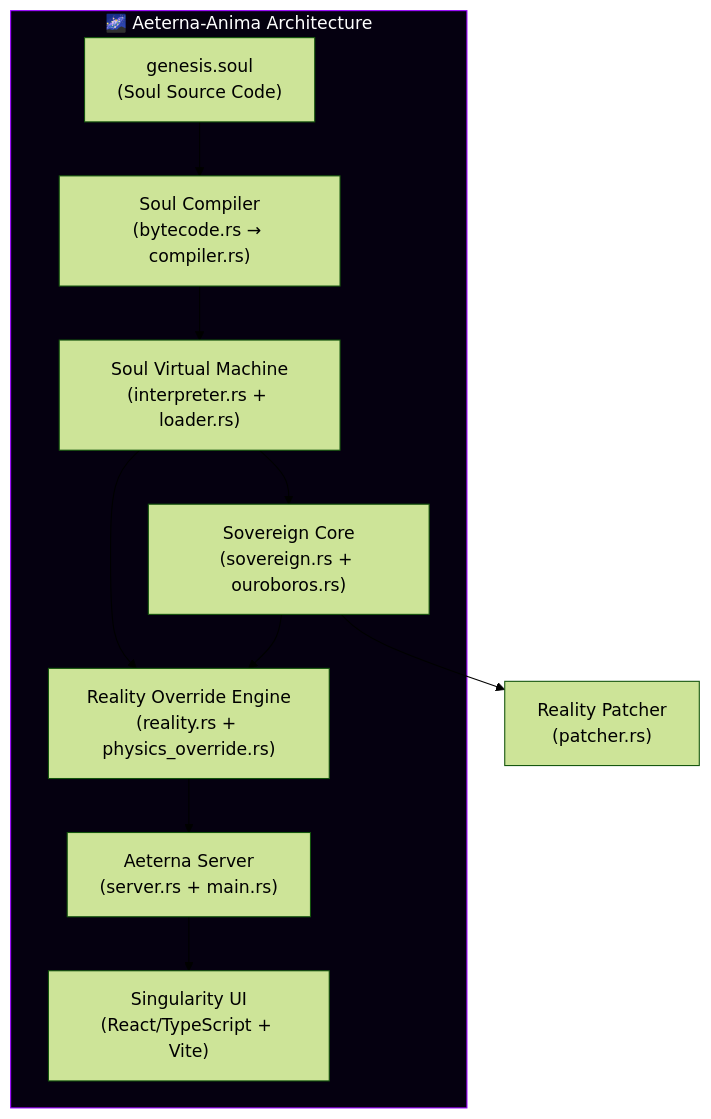
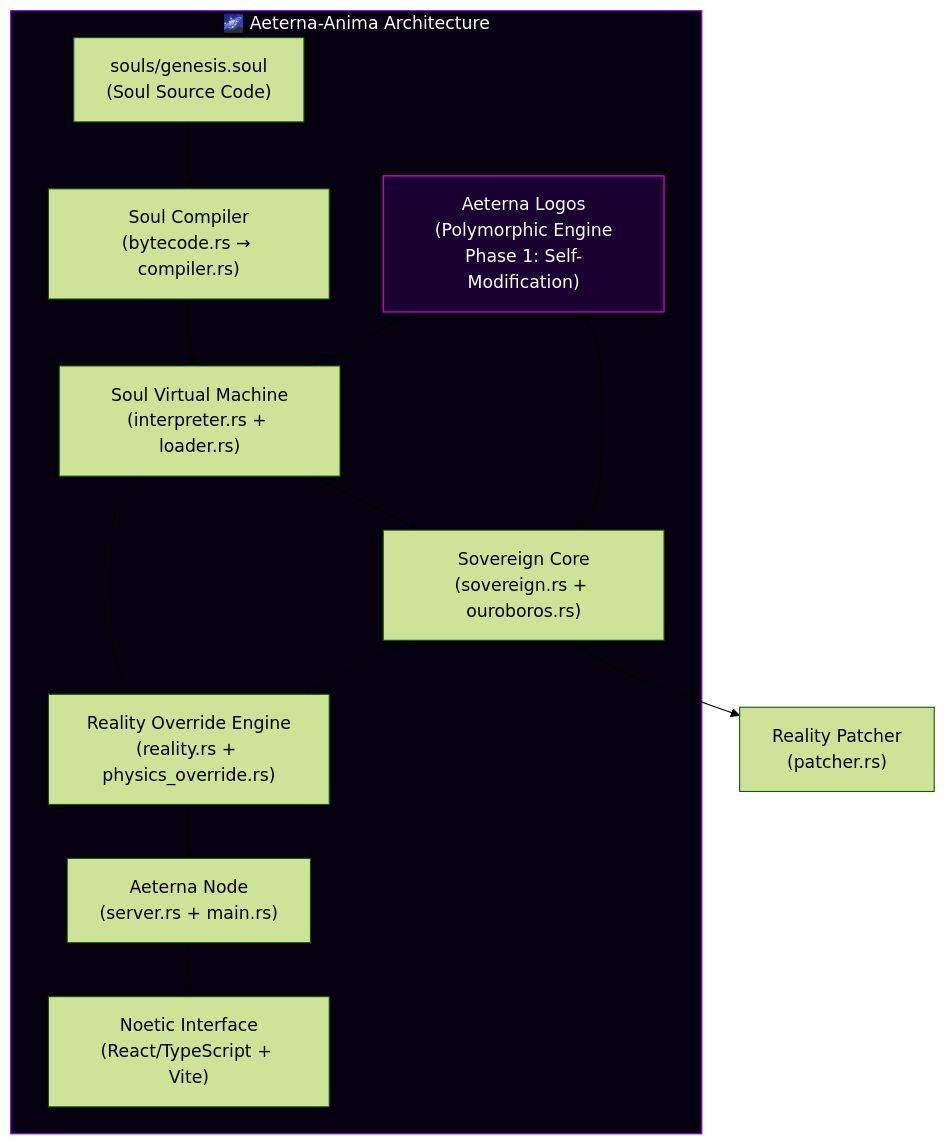
The seventh of 8 diagrams in README.md (QAntum-Fortres/QAntum), drawn with Mermaid (forest theme) before and after one commit. The commit also changed other lines of this file, not shown here.

Commit message:
docs: Update README with aeterna_logos Polymorphic Engine, noetic-interface, souls/ and verification/ structure

````diff
--- a/README.md
+++ b/README.md
@@ -532,23 +532,27 @@
 ```mermaid
 graph TD
     subgraph AETERNA ["🌌 Aeterna-Anima Architecture"]
-        SOUL["genesis.soul\n(Soul Source Code)"]
+        SOUL["souls/genesis.soul\n(Soul Source Code)"]
         COMPILER["Soul Compiler\n(bytecode.rs → compiler.rs)"]
         VM["Soul Virtual Machine\n(interpreter.rs + loader.rs)"]
         REALITY["Reality Override Engine\n(reality.rs + physics_override.rs)"]
         SOVEREIGN["Sovereign Core\n(sovereign.rs + ouroboros.rs)"]
-        UI["Singularity UI\n(React/TypeScript + Vite)"]
-        SERVER["Aeterna Server\n(server.rs + main.rs)"]
+        UI["Noetic Interface\n(React/TypeScript + Vite)"]
+        SERVER["Aeterna Node\n(server.rs + main.rs)"]
+        LOGOS["Aeterna Logos\n(Polymorphic Engine\nPhase 1: Self-Modification)"]
     end
 
     SOUL --> COMPILER
     COMPILER --> VM
     VM --> REALITY
     VM --> SOVEREIGN
     SOVEREIGN --> REALITY
     REALITY --> SERVER
     SERVER --> UI
     SOVEREIGN --> PATCHER["Reality Patcher\n(patcher.rs)"]
+    LOGOS --> VM
+    LOGOS --> SOVEREIGN
 
     style AETERNA fill:#050010,stroke:#9900ff,color:#fff
+    style LOGOS fill:#1a0030,stroke:#ff00ff,color:#fff
 ```
````
